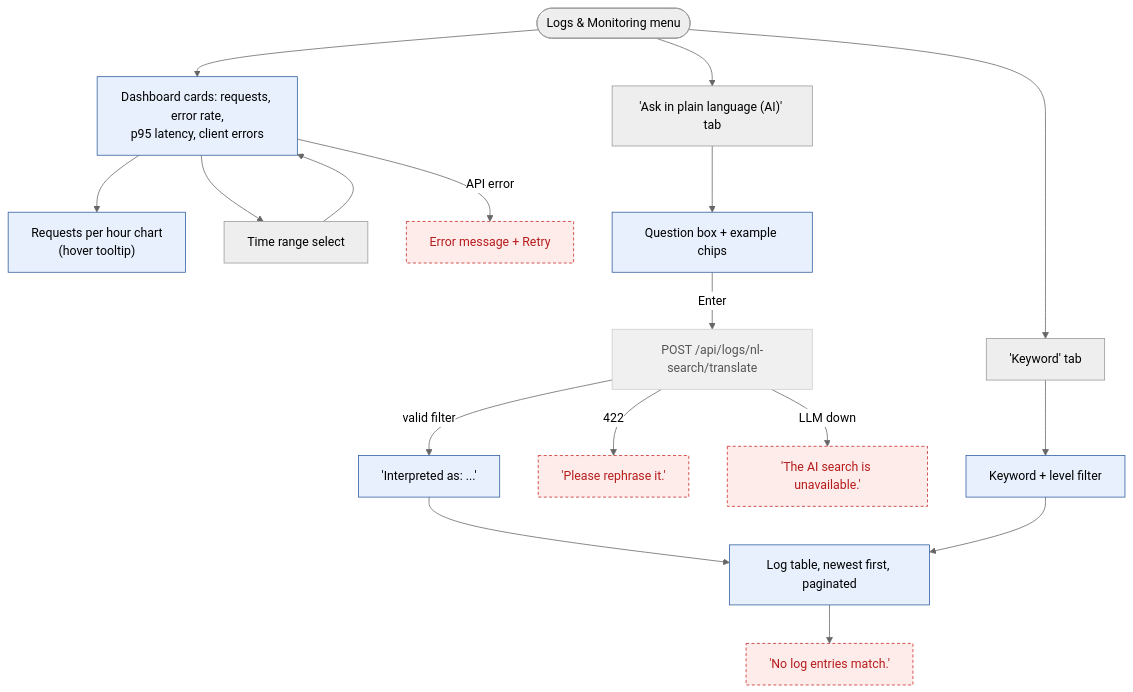
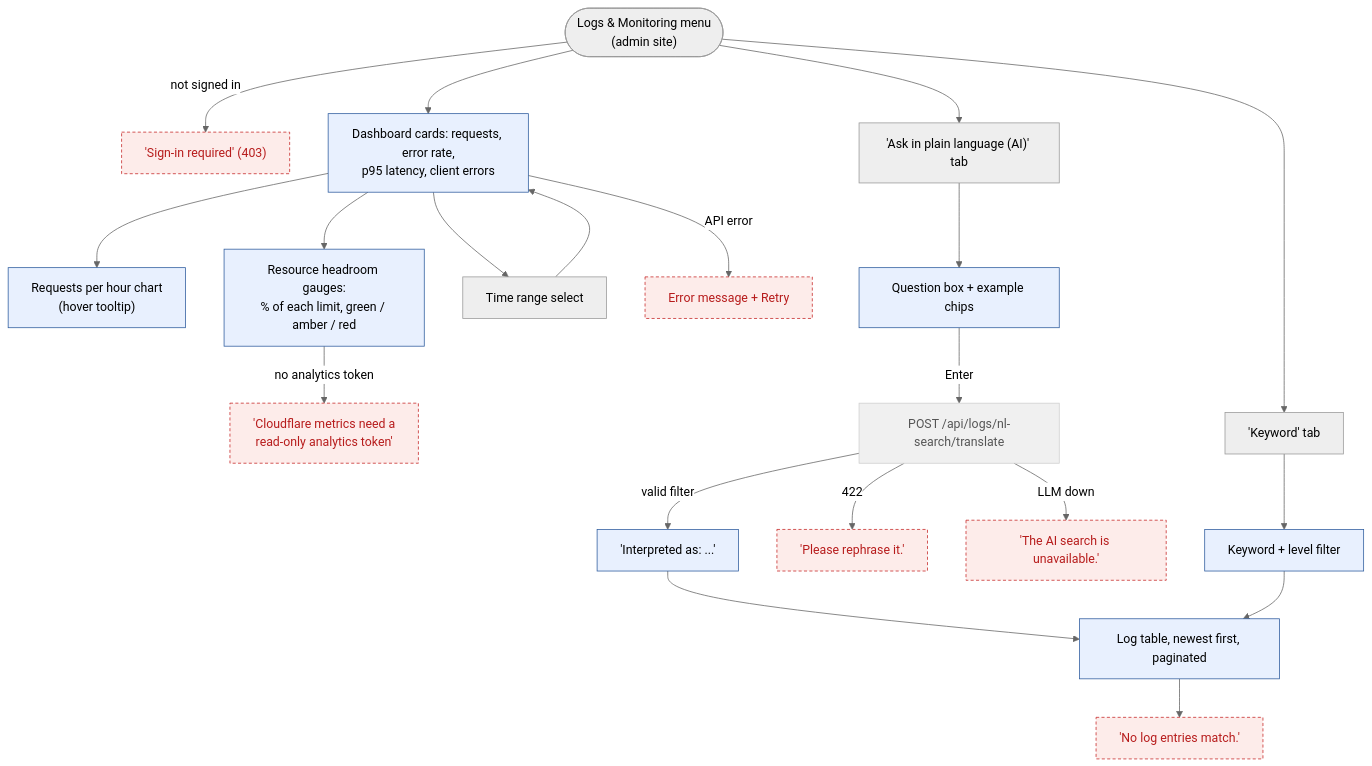
The diagram in ux-flows/04-logs-monitoring.md (cd-jung/fullstack-template), drawn with Mermaid (neutral theme) before and after one commit. The commit also changed other lines of this file and 57 other files, not shown here.

First line of the commit message:
Admin site behind Cloudflare Access and resource headroom gauges (from BookFinder)

````diff
--- a/ux-flows/04-logs-monitoring.md
+++ b/ux-flows/04-logs-monitoring.md
@@ -7,28 +8,31 @@
 ```mermaid
 flowchart TD
-  enter(["Logs & Monitoring menu"]) --> dashboard["Dashboard cards: requests, error rate,<br/>p95 latency, client errors"]
+  enter(["Logs & Monitoring menu<br/>(admin site)"]) -->|"not signed in"| denied["'Sign-in required' (403)"]
+  enter --> dashboard["Dashboard cards: requests, error rate,<br/>p95 latency, client errors"]
   dashboard --> chart["Requests per hour chart<br/>(hover tooltip)"]
+  dashboard --> headroom["Resource headroom gauges:<br/>% of each limit, green / amber / red"]
+  headroom -->|"no analytics token"| cfMissing["'Cloudflare metrics need a<br/>read-only analytics token'"]
   dashboard --> range["Time range select"]
   range --> dashboard
   dashboard -->|"API error"| dashError["Error message + Retry"]
   enter --> nlTab["'Ask in plain language (AI)' tab"]
   nlTab --> question["Question box + example chips"]
   question -->|"Enter"| translate["POST /api/logs/nl-search/translate"]
   translate -->|"valid filter"| interpreted["'Interpreted as: ...'"]
   interpreted --> table["Log table, newest first, paginated"]
   translate -->|"422"| rephrase["'Please rephrase it.'"]
   translate -->|"LLM down"| unavailable["'The AI search is unavailable.'"]
   enter --> kwTab["'Keyword' tab"]
   kwTab --> keyword["Keyword + level filter"]
   keyword --> table
   table --> empty["'No log entries match.'"]
 
   classDef screen fill:#e8f0fe,stroke:#2f5d9e
   classDef hidden fill:#fdecea,stroke:#c62828,stroke-dasharray:4 3,color:#b71c1c
   classDef internal fill:#f0f0f0,stroke:#cfcfcf,color:#555555
-  class dashboard,chart,question,interpreted,table,keyword screen
-  class dashError,rephrase,unavailable,empty hidden
+  class dashboard,headroom,chart,question,interpreted,table,keyword screen
+  class denied,cfMissing,dashError,rephrase,unavailable,empty hidden
   class translate internal
 
   %% guide 03-logs-and-monitoring.md
 ```
````
